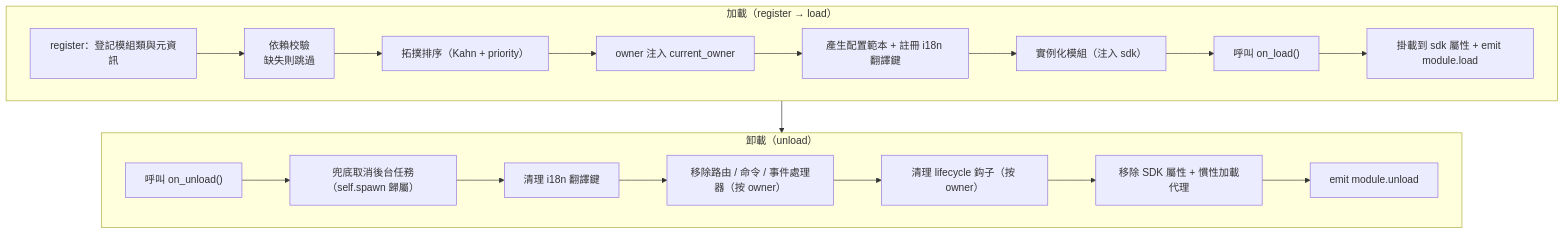
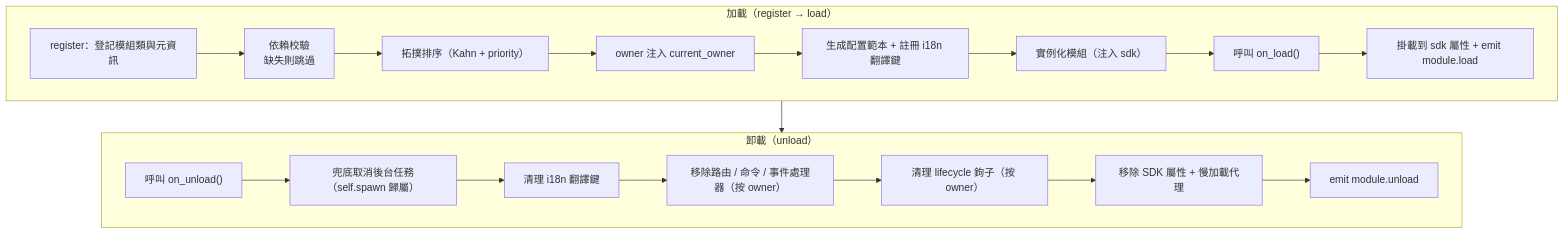
Before and after one commit to ErisPulse/ErisPulse: the diagram in docs/zh-TW/developer-guide/modules/core-concepts.md, drawn with Mermaid. The commit also changed other lines of this file and 299 other files, not shown here.

````diff
--- a/docs/zh-TW/developer-guide/modules/core-concepts.md
+++ b/docs/zh-TW/developer-guide/modules/core-concepts.md
@@ -90,23 +90,23 @@
 ```mermaid
 flowchart TD
     subgraph Load["加載（register → load）"]
         L1["register：登記模組類與元資訊"] --> L2["依賴校驗<br/>缺失則跳過"]
         L2 --> L3["拓撲排序（Kahn + priority）"]
         L3 --> L4["owner 注入 current_owner"]
-        L4 --> L5["產生配置範本 + 註冊 i18n 翻譯鍵"]
+        L4 --> L5["生成配置範本 + 註冊 i18n 翻譯鍵"]
         L5 --> L6["實例化模組（注入 sdk）"]
         L6 --> L7["呼叫 on_load()"]
         L7 --> L8["掛載到 sdk 屬性 + emit module.load"]
     end
 
     subgraph Unload["卸載（unload）"]
         U1["呼叫 on_unload()"] --> U2["兜底取消後台任務（self.spawn 歸屬）"]
         U2 --> U3["清理 i18n 翻譯鍵"]
         U3 --> U4["移除路由 / 命令 / 事件處理器（按 owner）"]
-        U4 --> U5["清理 lifecycle 鈎子（按 owner）"]
-        U5 --> U6["移除 SDK 屬性 + 慣性加載代理"]
+        U4 --> U5["清理 lifecycle 鉤子（按 owner）"]
+        U5 --> U6["移除 SDK 屬性 + 慢加載代理"]
         U6 --> U7["emit module.unload"]
     end
 
     Load --> Unload
 ```
````
